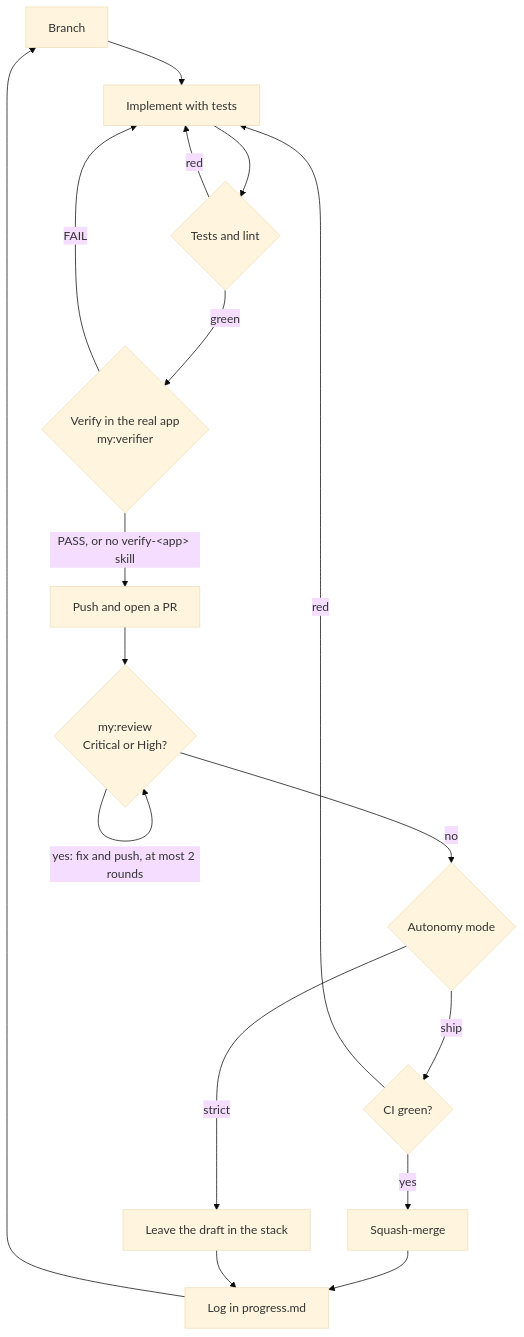
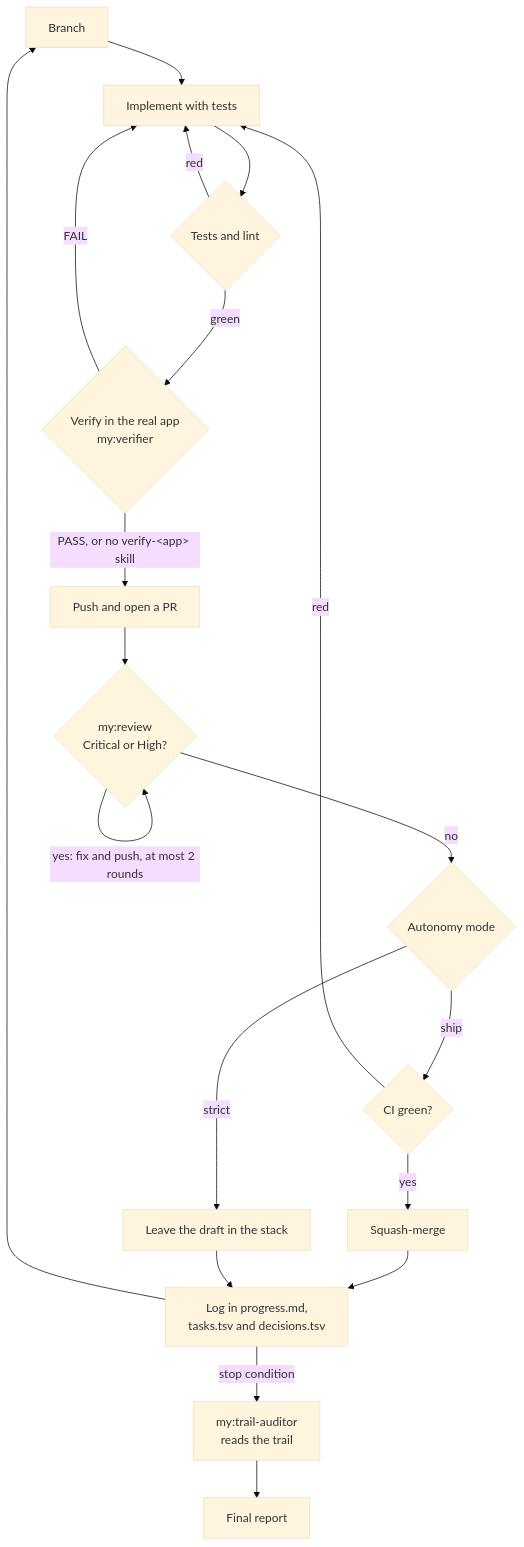
One commit to naoking158/custom-slash-command changed the second of 2 diagrams in README.md. Above: the diagram before and after it, drawn with Mermaid (base theme). The commit also changed other lines of this file and 2 other files, not shown here.

````diff
--- a/README.md
+++ b/README.md
@@ -45,19 +55,21 @@
 ```mermaid
 flowchart TD
   branch[Branch] --> impl[Implement with tests]
   impl --> test{Tests and lint}
   test -->|red| impl
   test -->|green| verify{"Verify in the real app<br/>my:verifier"}
   verify -->|FAIL| impl
   verify -->|"PASS, or no verify-&lt;app&gt; skill"| pr[Push and open a PR]
   pr --> review{"my:review<br/>Critical or High?"}
   review -->|"yes: fix and push, at most 2 rounds"| review
   review -->|no| mode{Autonomy mode}
   mode -->|ship| ci{CI green?}
   ci -->|yes| merge[Squash-merge]
   ci -->|red| impl
   mode -->|strict| draft[Leave the draft in the stack]
-  merge --> log[Log in progress.md]
+  merge --> log["Log in progress.md,<br/>tasks.tsv and decisions.tsv"]
   draft --> log
   log --> branch
+  log -->|stop condition| audit["my:trail-auditor<br/>reads the trail"]
+  audit --> report[Final report]
 ```
````
